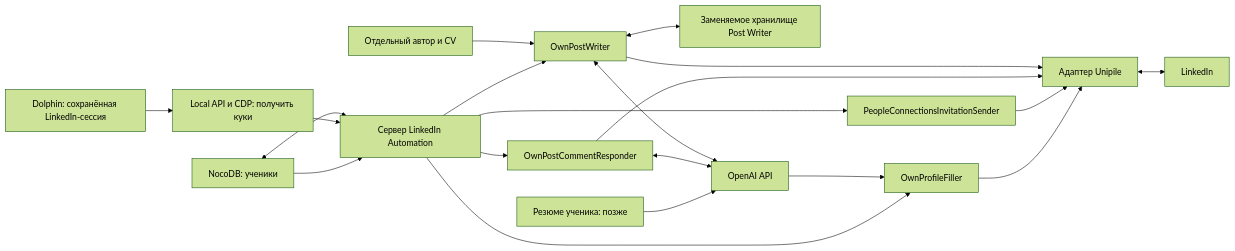
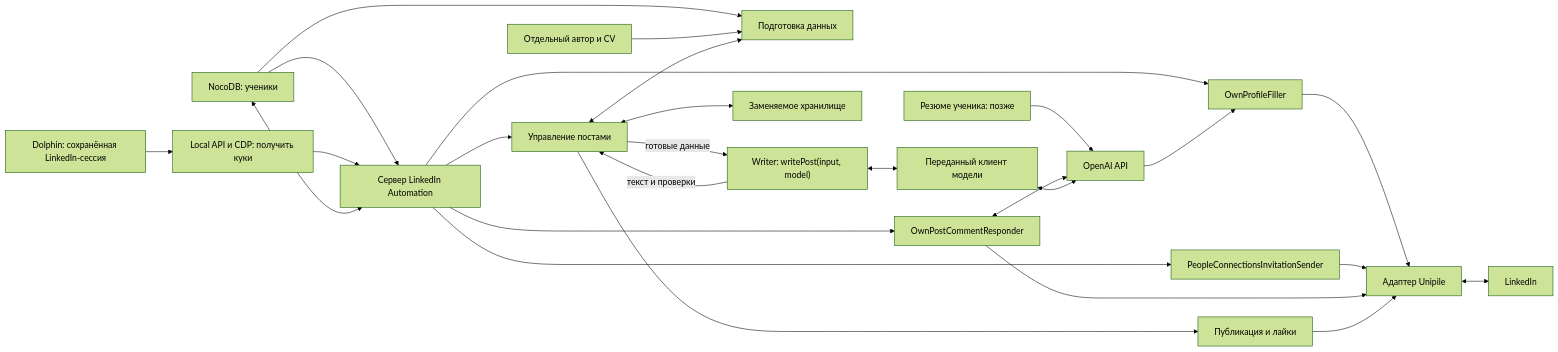
The diagram in src/features/linkedin-automation/ARCHITECTURE.md (Kira2K/unicorn-autoresponder), drawn with Mermaid (forest theme) before and after one commit. The commit also changed other lines of this file and 2 other files, not shown here.

Commit message:
docs(linkedin): separate Writer from orchestration and publishing

````diff
--- a/src/features/linkedin-automation/ARCHITECTURE.md
+++ b/src/features/linkedin-automation/ARCHITECTURE.md
@@ -13,25 +13,31 @@
 ```mermaid
 flowchart LR
     N["NocoDB: ученики"] --> B["Сервер LinkedIn Automation"]
     D["Dolphin: сохранённая LinkedIn-сессия"] --> C["Local API и CDP: получить куки"]
     C --> B
     B <--> N
 
     B --> PF["OwnProfileFiller"]
     B --> CI["PeopleConnectionsInvitationSender"]
     B --> CR["OwnPostCommentResponder"]
-    B --> PW["OwnPostWriter"]
-    CUSTOM["Отдельный автор и CV"] --> PW
-    PW <--> PS["Заменяемое хранилище Post Writer"]
+    B --> PC["Управление постами"]
+    N --> PD["Подготовка данных"]
+    CUSTOM["Отдельный автор и CV"] --> PD
+    PC <--> PD
+    PC -->|готовые данные| PW["Writer: writePost(input, model)"]
+    PW -->|текст и проверки| PC
+    PC <--> PS["Заменяемое хранилище"]
+    PC --> PP["Публикация и лайки"]
 
     PF --> U["Адаптер Unipile"]
     CI --> U
     CR --> U
-    PW --> U
+    PP --> U
     U <--> L["LinkedIn"]
 
     CV["Резюме ученика: позже"] --> O["OpenAI API"]
     O --> PF
     CR <--> O
-    PW <--> O
+    PW <--> MODEL["Переданный клиент модели"]
+    MODEL <--> O
 ```
````
